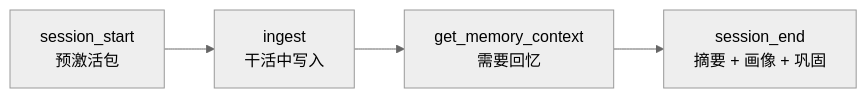
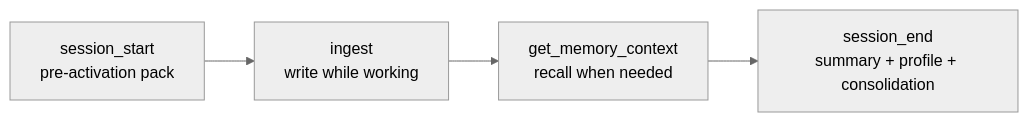
Before and after one commit to cstksniper/hippocampus-mcp: the fifth of 5 diagrams in docs/ARCHITECTURE.md, drawn with Mermaid (neutral theme). The commit also changed other lines of this file and 2 other files, not shown here.

Commit message:
docs: bilingual ARCHITECTURE - English trunk + Chinese edition

````diff
--- a/docs/ARCHITECTURE.md
+++ b/docs/ARCHITECTURE.md
@@ -196,6 +237,6 @@
 ```mermaid
 flowchart LR
-    S["session_start<br/>预激活包"] --> I["ingest<br/>干活中写入"]
-    I --> G["get_memory_context<br/>需要回忆"]
-    G --> E["session_end<br/>摘要 + 画像 + 巩固"]
+    S["session_start<br/>pre-activation pack"] --> I["ingest<br/>write while working"]
+    I --> G["get_memory_context<br/>recall when needed"]
+    G --> E["session_end<br/>summary + profile + consolidation"]
 ```
````
